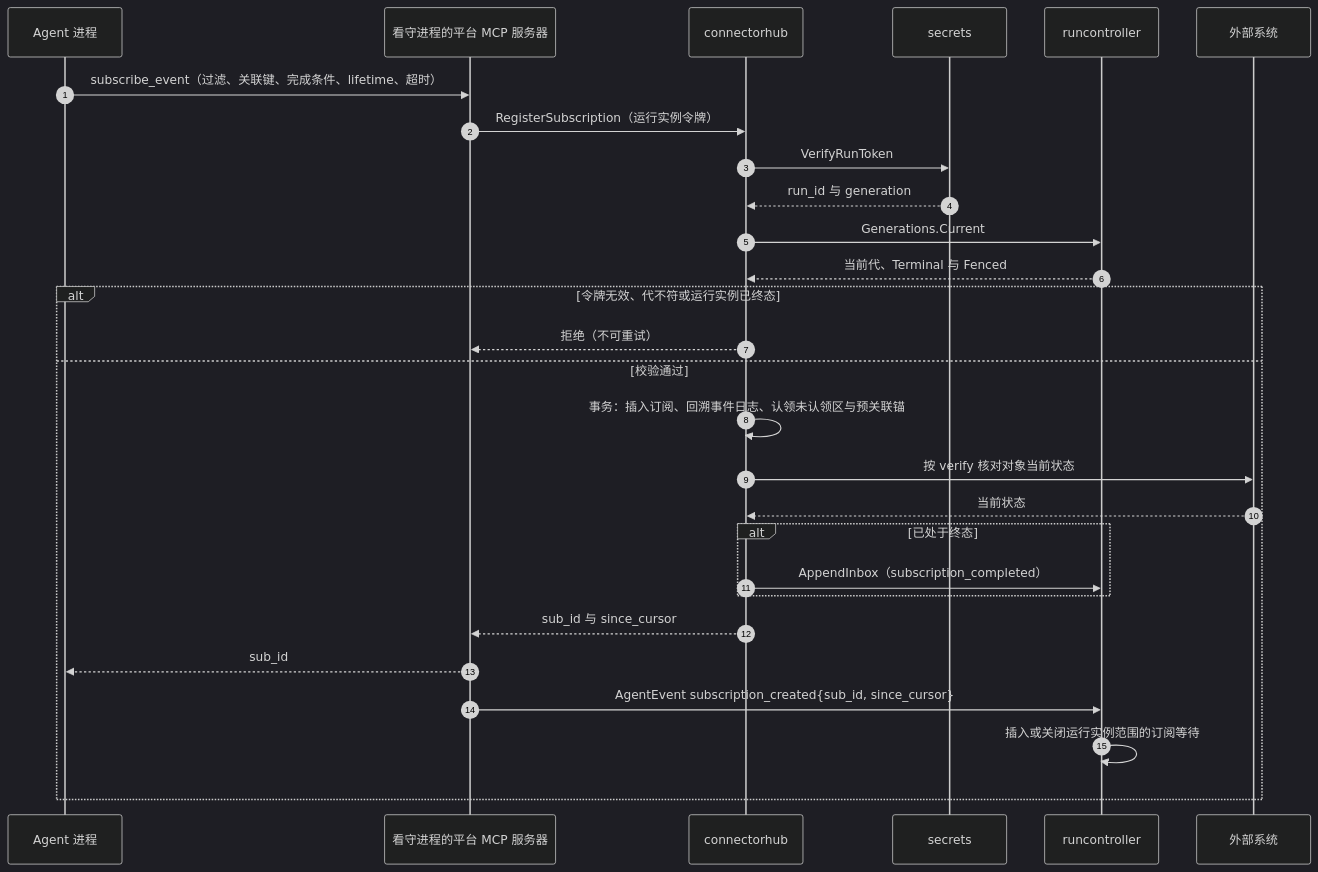
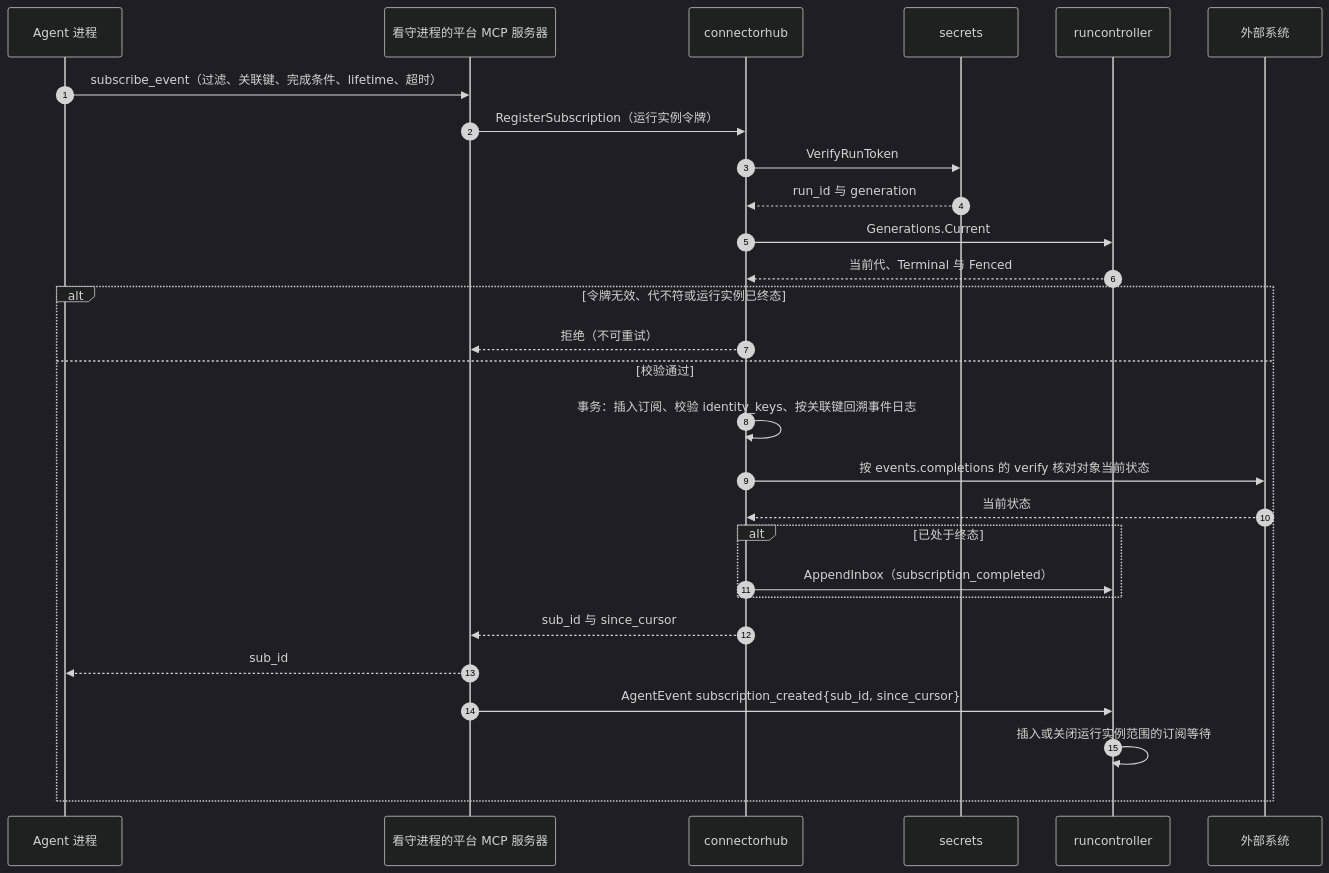
Before and after one commit to wangzw/castworks: the second of 4 diagrams in docs/design/modules/connectorhub/design-connectorhub.md, drawn with Mermaid (dark theme). The commit also changed other lines of this file and 20 other files, not shown here.

````diff
--- a/docs/design/modules/connectorhub/design-connectorhub.md
+++ b/docs/design/modules/connectorhub/design-connectorhub.md
@@ -313,30 +320,30 @@
 ```mermaid
 sequenceDiagram
     autonumber
     participant A as Agent 进程
     participant W as 看守进程的平台 MCP 服务器
     participant C as connectorhub
     participant S as secrets
     participant R as runcontroller
     participant X as 外部系统
     A->>W: subscribe_event（过滤、关联键、完成条件、lifetime、超时）
     W->>C: RegisterSubscription（运行实例令牌）
     C->>S: VerifyRunToken
     S-->>C: run_id 与 generation
     C->>R: Generations.Current
     R-->>C: 当前代、Terminal 与 Fenced
     alt 令牌无效、代不符或运行实例已终态
         C-->>W: 拒绝（不可重试）
     else 校验通过
-        C->>C: 事务：插入订阅、回溯事件日志、认领未认领区与预关联锚
-        C->>X: 按 verify 核对对象当前状态
+        C->>C: 事务：插入订阅、校验 identity_keys、按关联键回溯事件日志
+        C->>X: 按 events.completions 的 verify 核对对象当前状态
         X-->>C: 当前状态
         alt 已处于终态
             C->>R: AppendInbox（subscription_completed）
         end
         C-->>W: sub_id 与 since_cursor
         W-->>A: sub_id
         W->>R: AgentEvent subscription_created{sub_id, since_cursor}
         R->>R: 插入或关闭运行实例范围的订阅等待
     end
 ```
````
